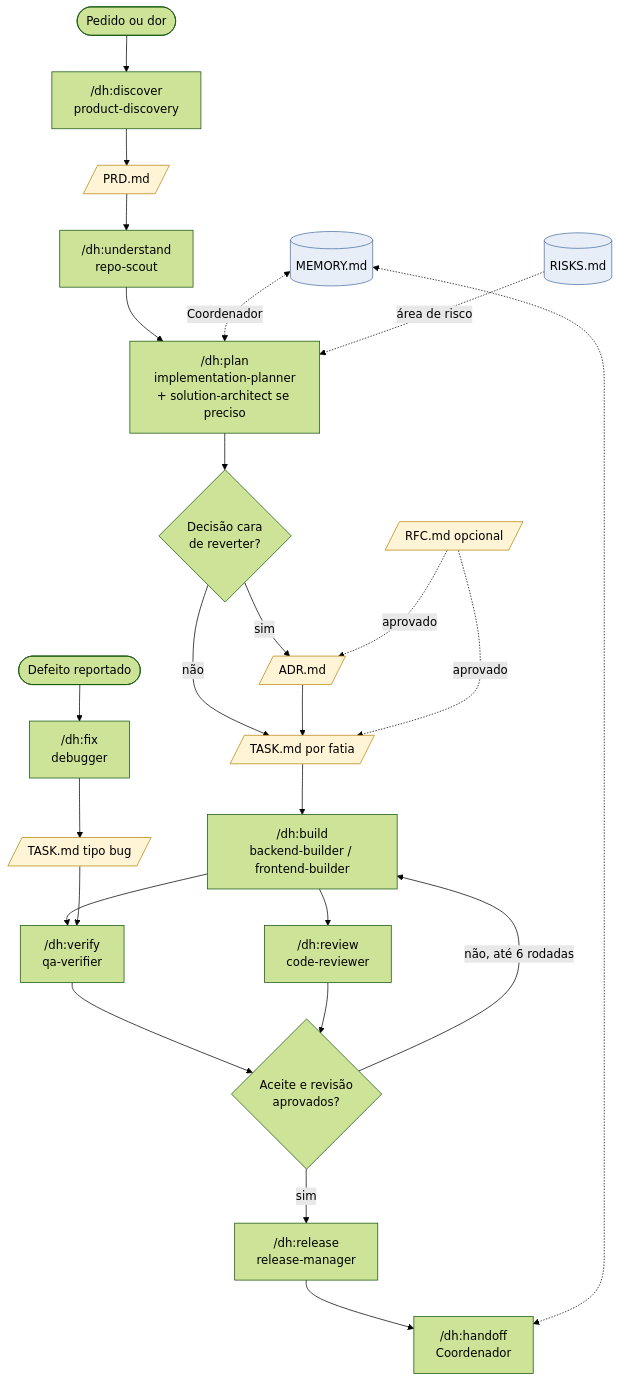
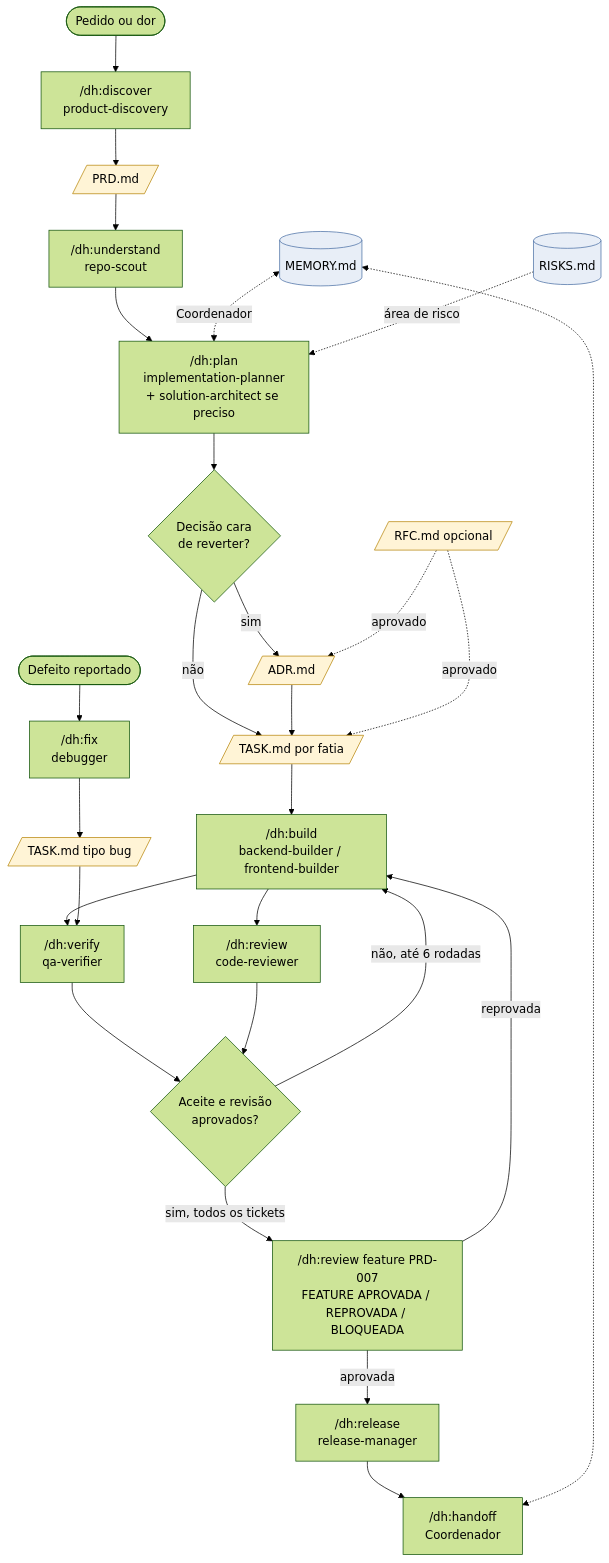
One commit to danielmalka/dev-harness changed the first of 2 diagrams in docs/tutoriais/templates.md. Above: the diagram before and after it, drawn with Mermaid (forest theme). The commit also changed other lines of this file and 23 other files, not shown here.

````diff
--- a/docs/tutoriais/templates.md
+++ b/docs/tutoriais/templates.md
@@ -50,35 +50,37 @@
 ```mermaid
 flowchart TB
     ideia([Pedido ou dor]) --> discover["/dh:discover<br/>product-discovery"]
     discover --> prd[/PRD.md/]
     prd --> understand["/dh:understand<br/>repo-scout"]
     understand --> plan["/dh:plan<br/>implementation-planner<br/>+ solution-architect se preciso"]
     plan --> decisao{Decisão cara<br/>de reverter?}
     decisao -->|sim| adr[/ADR.md/]
     decisao -->|não| tasks
     adr --> tasks[/TASK.md por fatia/]
     tasks --> build["/dh:build<br/>backend-builder / frontend-builder"]
     build --> verify["/dh:verify<br/>qa-verifier"]
     build --> review["/dh:review<br/>code-reviewer"]
     verify --> ok{Aceite e revisão<br/>aprovados?}
     review --> ok
     ok -->|não, até 6 rodadas| build
-    ok -->|sim| release["/dh:release<br/>release-manager"]
+    ok -->|sim, todos os tickets| final["/dh:review feature PRD-007<br/>FEATURE APROVADA / REPROVADA / BLOQUEADA"]
+    final -->|aprovada| release["/dh:release<br/>release-manager"]
+    final -->|reprovada| build
     release --> handoff["/dh:handoff<br/>Coordenador"]
 
     bug([Defeito reportado]) --> fix["/dh:fix<br/>debugger"]
     fix --> bugtask[/TASK.md tipo bug/]
     bugtask --> verify
 
     rfc[/RFC.md opcional/] -.->|aprovado| adr
     rfc -.->|aprovado| tasks
 
     memoria[(MEMORY.md)] <-.->|Coordenador| plan
     memoria <-.-> handoff
     risks[(RISKS.md)] -.->|área de risco| plan
 
     classDef doc fill:#fff4d6,stroke:#b8860b
     classDef mem fill:#e8eef7,stroke:#4a6fa5
     class prd,adr,tasks,bugtask,rfc doc
     class memoria,risks mem
 ```
````
